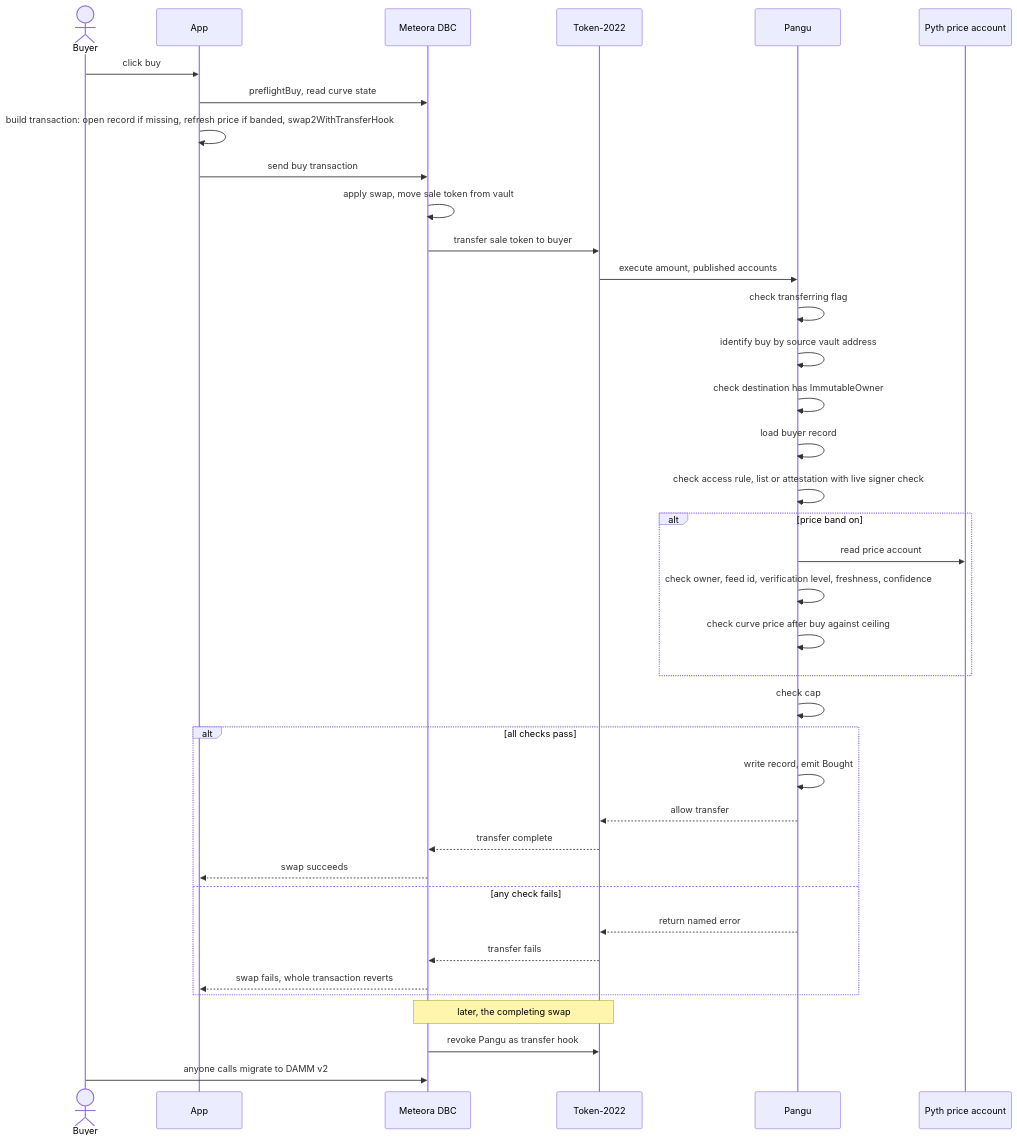
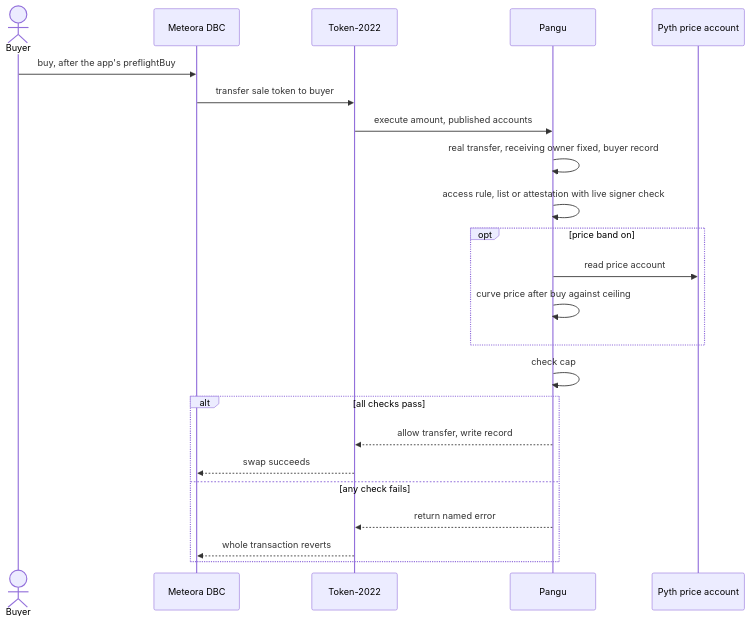
Before and after one commit to ramakrishnanhulk20/Pangu: the second of 3 diagrams in README.md, drawn with Mermaid. The commit also changed other lines of this file and 4 other files, not shown here.

Commit message:
Shorten README; build SDK from source

````diff
--- a/README.md
+++ b/README.md
@@ -129,42 +123,26 @@
 ```mermaid
 sequenceDiagram
     actor Buyer
-    participant App
     participant DBC as Meteora DBC
     participant T22 as Token-2022
     participant Pangu
     participant Pyth as Pyth price account
 
-    Buyer->>App: click buy
-    App->>DBC: preflightBuy, read curve state
-    App->>App: build transaction: open record if missing, refresh price if banded, swap2WithTransferHook
-    App->>DBC: send buy transaction
-    DBC->>DBC: apply swap, move sale token from vault
+    Buyer->>DBC: buy, after the app's preflightBuy
     DBC->>T22: transfer sale token to buyer
     T22->>Pangu: execute amount, published accounts
-    Pangu->>Pangu: check transferring flag
-    Pangu->>Pangu: identify buy by source vault address
-    Pangu->>Pangu: check destination has ImmutableOwner
-    Pangu->>Pangu: load buyer record
-    Pangu->>Pangu: check access rule, list or attestation with live signer check
-    alt price band on
+    Pangu->>Pangu: real transfer, receiving owner fixed, buyer record
+    Pangu->>Pangu: access rule, list or attestation with live signer check
+    opt price band on
         Pangu->>Pyth: read price account
-        Pangu->>Pangu: check owner, feed id, verification level, freshness, confidence
-        Pangu->>Pangu: check curve price after buy against ceiling
+        Pangu->>Pangu: curve price after buy against ceiling
     end
     Pangu->>Pangu: check cap
     alt all checks pass
-        Pangu->>Pangu: write record, emit Bought
-        Pangu-->>T22: allow transfer
-        T22-->>DBC: transfer complete
-        DBC-->>App: swap succeeds
+        Pangu-->>T22: allow transfer, write record
+        T22-->>DBC: swap succeeds
     else any check fails
         Pangu-->>T22: return named error
-        T22-->>DBC: transfer fails
-        DBC-->>App: swap fails, whole transaction reverts
+        T22-->>DBC: whole transaction reverts
     end
-
-    Note over DBC,T22: later, the completing swap
-    DBC->>T22: revoke Pangu as transfer hook
-    Buyer->>DBC: anyone calls migrate to DAMM v2
 ```
````
